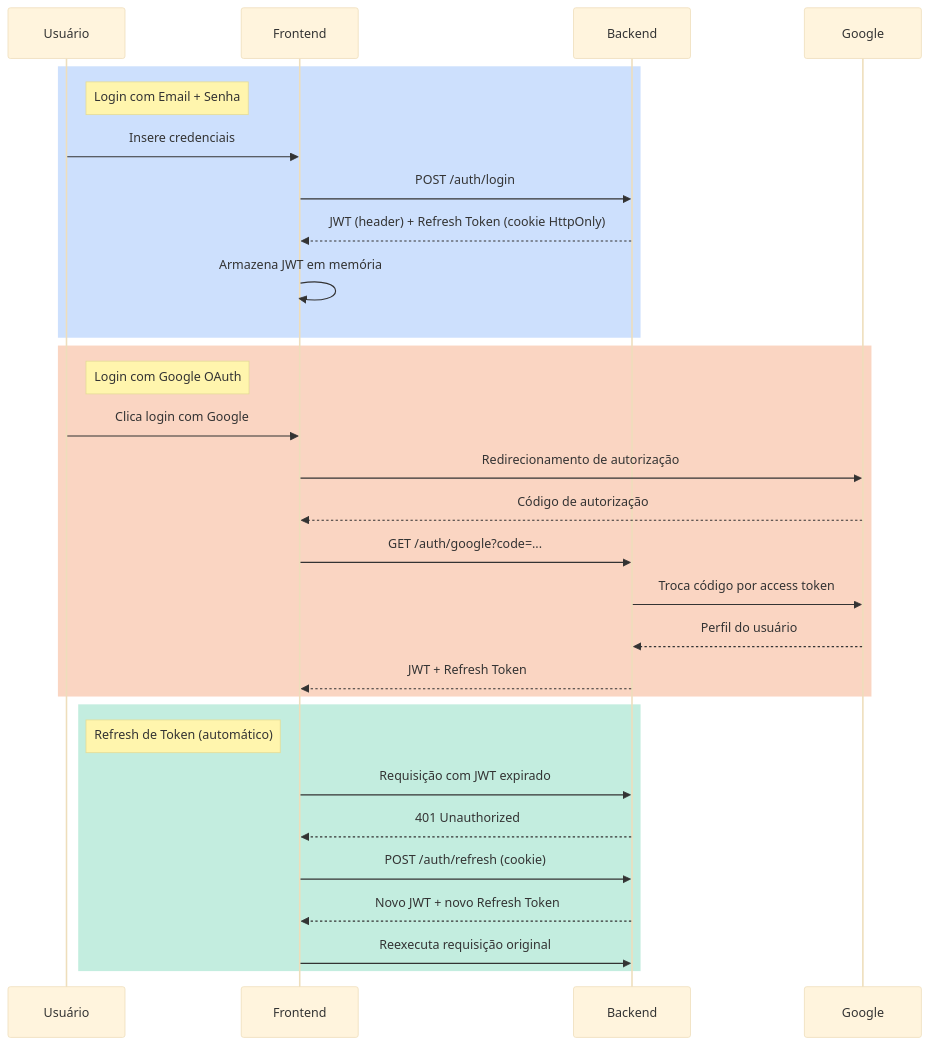
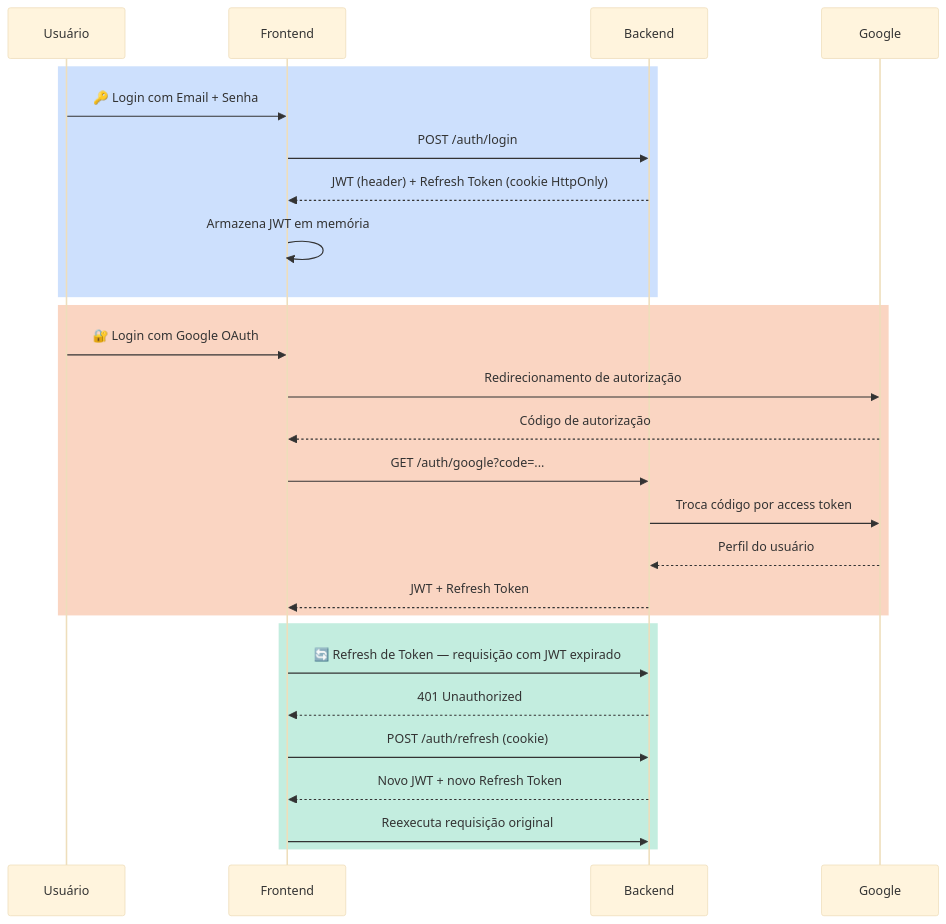
One commit to AndDev741/Beyou-docs-ui changed the third of 7 diagrams in architecture/overview/pt.md. Above: the diagram before and after it, drawn with Mermaid (base theme). The commit also changed 1 other file, not shown here.

Commit message:
choire: Removing notes because are hard to read in dark mode

````diff
--- a/architecture/overview/pt.md
+++ b/architecture/overview/pt.md
@@ -75,35 +75,32 @@
 ```mermaid
 sequenceDiagram
   participant U as Usuário
   participant FE as Frontend
   participant BE as Backend
   participant GO as Google
 
   rect rgba(59, 130, 246, 0.25)
-  Note right of U: Login com Email + Senha
-  U->>FE: Insere credenciais
+  U->>FE: 🔑 Login com Email + Senha
   FE->>BE: POST /auth/login
   BE-->>FE: JWT (header) + Refresh Token (cookie HttpOnly)
   FE->>FE: Armazena JWT em memória
   end
 
   rect rgba(234, 88, 12, 0.25)
-  Note right of U: Login com Google OAuth
-  U->>FE: Clica login com Google
+  U->>FE: 🔐 Login com Google OAuth
   FE->>GO: Redirecionamento de autorização
   GO-->>FE: Código de autorização
   FE->>BE: GET /auth/google?code=...
   BE->>GO: Troca código por access token
   GO-->>BE: Perfil do usuário
   BE-->>FE: JWT + Refresh Token
   end
 
   rect rgba(16, 185, 129, 0.25)
-  Note right of U: Refresh de Token (automático)
-  FE->>BE: Requisição com JWT expirado
+  FE->>BE: 🔄 Refresh de Token — requisição com JWT expirado
   BE-->>FE: 401 Unauthorized
   FE->>BE: POST /auth/refresh (cookie)
   BE-->>FE: Novo JWT + novo Refresh Token
   FE->>BE: Reexecuta requisição original
   end
 ```
````
